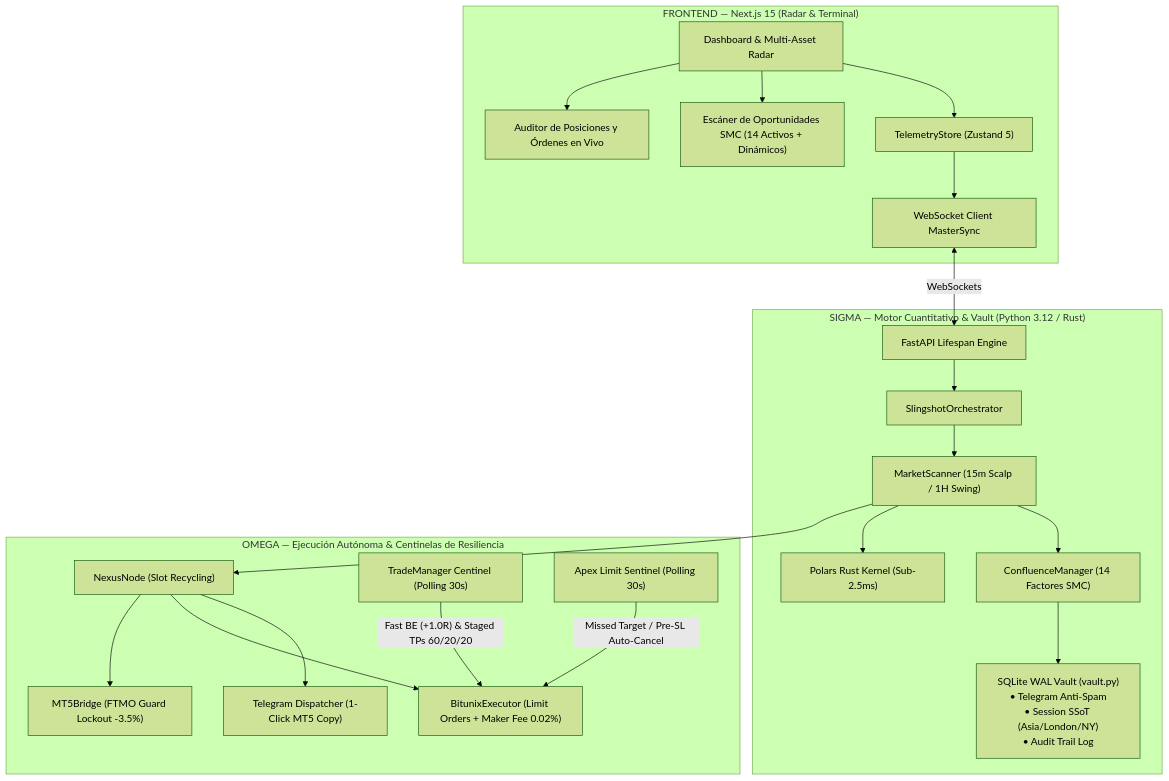
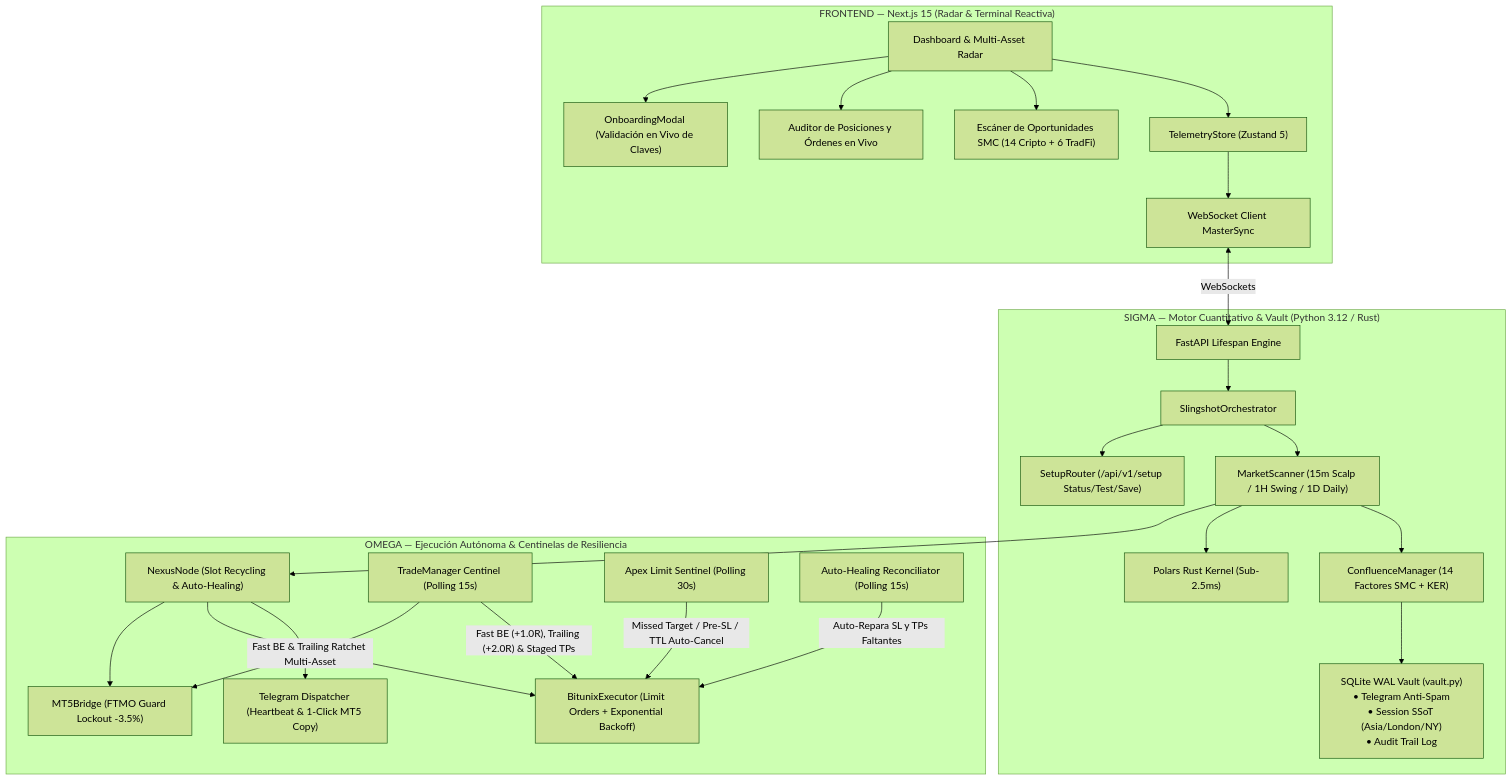
The diagram in README.md (matiquelmec/Slingshot), drawn with Mermaid (forest theme) before and after one commit. The commit also changed other lines of this file and 4 other files, not shown here.

Commit message:
docs(apex): synchronize 100% of project documentation to v22.3 APEX SOVEREIGN (README, Bible, Architecture Guide, QA Suite 63/63)

````diff
--- a/README.md
+++ b/README.md
@@ -30,28 +35,32 @@
 ```mermaid
 graph TB
-    subgraph "FRONTEND — Next.js 15 (Radar & Terminal)"
+    subgraph "FRONTEND — Next.js 15 (Radar & Terminal Reactiva)"
         A["Dashboard & Multi-Asset Radar"] --> B["TelemetryStore (Zustand 5)"]
         B --> C["WebSocket Client MasterSync"]
-        A --> D["Escáner de Oportunidades SMC (14 Activos + Dinámicos)"]
+        A --> D["Escáner de Oportunidades SMC (14 Cripto + 6 TradFi)"]
         A --> E["Auditor de Posiciones y Órdenes en Vivo"]
+        A --> OB["OnboardingModal (Validación en Vivo de Claves)"]
     end
 
     subgraph "SIGMA — Motor Cuantitativo & Vault (Python 3.12 / Rust)"
         J["FastAPI Lifespan Engine"] --> K["SlingshotOrchestrator"]
-        K --> L["MarketScanner (15m Scalp / 1H Swing)"]
-        L --> M["ConfluenceManager (14 Factores SMC)"]
+        K --> L["MarketScanner (15m Scalp / 1H Swing / 1D Daily)"]
+        K --> SETUP["SetupRouter (/api/v1/setup Status/Test/Save)"]
+        L --> M["ConfluenceManager (14 Factores SMC + KER)"]
         L --> N["Polars Rust Kernel (Sub-2.5ms)"]
         M --> V["SQLite WAL Vault (vault.py)<br/>• Telegram Anti-Spam<br/>• Session SSoT (Asia/London/NY)<br/>• Audit Trail Log"]
     end
 
     subgraph "OMEGA — Ejecución Autónoma & Centinelas de Resiliencia"
-        L --> NX["NexusNode (Slot Recycling)"]
-        NX --> T["Telegram Dispatcher (1-Click MT5 Copy)"]
-        NX --> BX["BitunixExecutor (Limit Orders + Maker Fee 0.02%)"]
+        L --> NX["NexusNode (Slot Recycling & Auto-Healing)"]
+        NX --> T["Telegram Dispatcher (Heartbeat & 1-Click MT5 Copy)"]
+        NX --> BX["BitunixExecutor (Limit Orders + Exponential Backoff)"]
         NX --> MT5["MT5Bridge (FTMO Guard Lockout -3.5%)"]
-        TM["TradeManager Centinel (Polling 30s)"] --> |"Fast BE (+1.0R) & Staged TPs 60/20/20"| BX
-        LS["Apex Limit Sentinel (Polling 30s)"] --> |"Missed Target / Pre-SL Auto-Cancel"| BX
+        TM["TradeManager Centinel (Polling 15s)"] --> |"Fast BE (+1.0R), Trailing (+2.0R) & Staged TPs"| BX
+        TM --> |"Fast BE & Trailing Ratchet Multi-Asset"| MT5
+        LS["Apex Limit Sentinel (Polling 30s)"] --> |"Missed Target / Pre-SL / TTL Auto-Cancel"| BX
+        AH["Auto-Healing Reconciliator (Polling 15s)"] --> |"Auto-Repara SL y TPs Faltantes"| BX
     end
 
     C <--> |"WebSockets"| J
 ```
````
